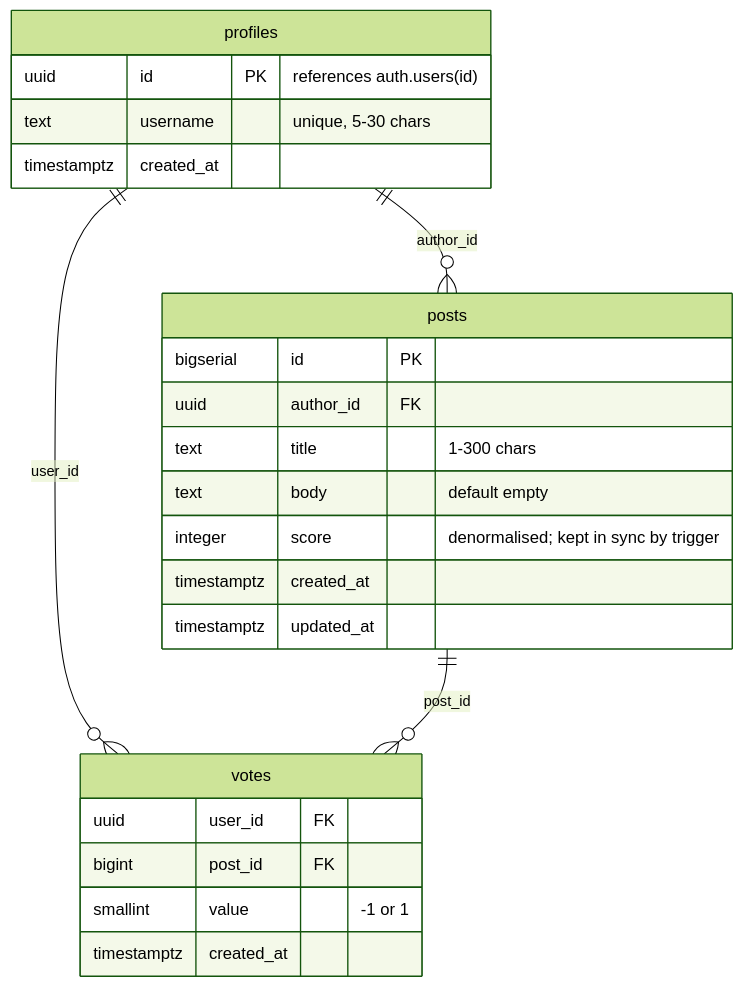
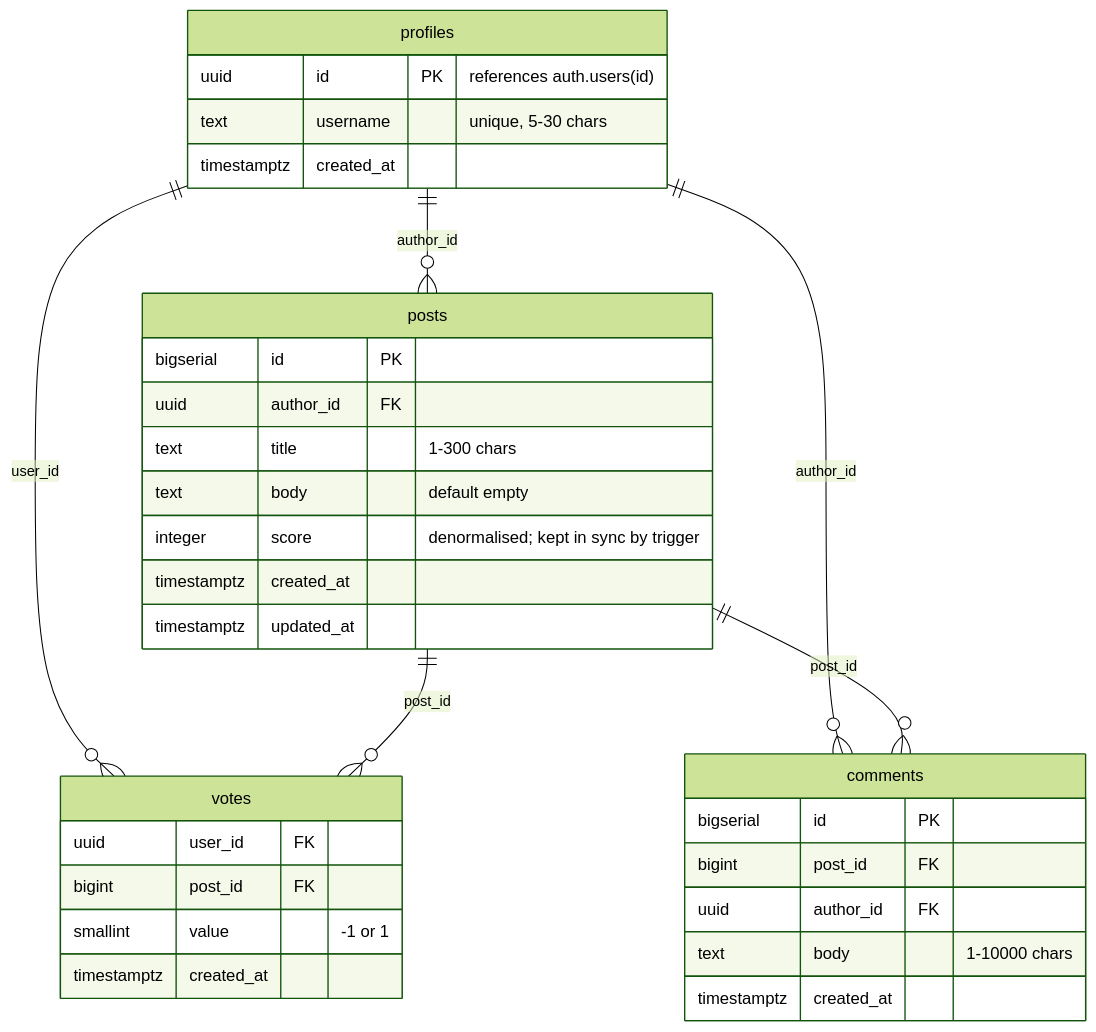
The diagram in Documentation/SCHEMA.md (harisharaju1/scenius-2026), drawn with Mermaid (forest theme) before and after one commit. The commit also changed other lines of this file and 23 other files, not shown here.

````diff
--- a/Documentation/SCHEMA.md
+++ b/Documentation/SCHEMA.md
@@ -8,27 +15,36 @@
 ```mermaid
 erDiagram
     profiles {
         uuid id PK "references auth.users(id)"
         text username "unique, 5-30 chars"
         timestamptz created_at
     }
     posts {
         bigserial id PK
         uuid author_id FK
         text title "1-300 chars"
         text body "default empty"
         integer score "denormalised; kept in sync by trigger"
         timestamptz created_at
         timestamptz updated_at
     }
     votes {
         uuid user_id FK
         bigint post_id FK
         smallint value "-1 or 1"
         timestamptz created_at
     }
+    comments {
+        bigserial id PK
+        bigint post_id FK
+        uuid author_id FK
+        text body "1-10000 chars"
+        timestamptz created_at
+    }
 
-    profiles ||--o{ posts  : "author_id"
-    profiles ||--o{ votes  : "user_id"
-    posts    ||--o{ votes  : "post_id"
+    profiles ||--o{ posts    : "author_id"
+    profiles ||--o{ votes    : "user_id"
+    profiles ||--o{ comments : "author_id"
+    posts    ||--o{ votes    : "post_id"
+    posts    ||--o{ comments : "post_id"
 ```
````
